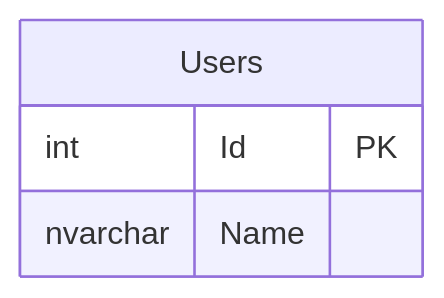
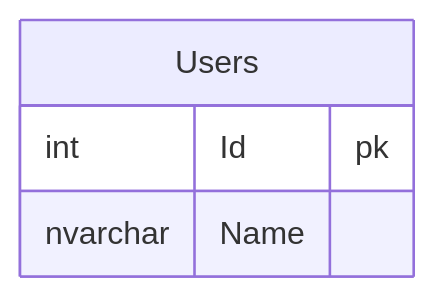
Before and after one commit to SimonCropp/DbToMermaid: the diagram in src/SqlServerToMermaidTool.Tests/IntegrationTests.ConnectionString_ToMermaid.verified.mmd, drawn with Mermaid. The commit also changed 14 other files, not shown here.

```diff
--- a/src/SqlServerToMermaidTool.Tests/IntegrationTests.ConnectionString_ToMermaid.verified.mmd
+++ b/src/SqlServerToMermaidTool.Tests/IntegrationTests.ConnectionString_ToMermaid.verified.mmd
@@ -1,5 +1,5 @@
 erDiagram
   Users {
-    int Id PK
+    int Id pk
     nvarchar Name
   }
```
